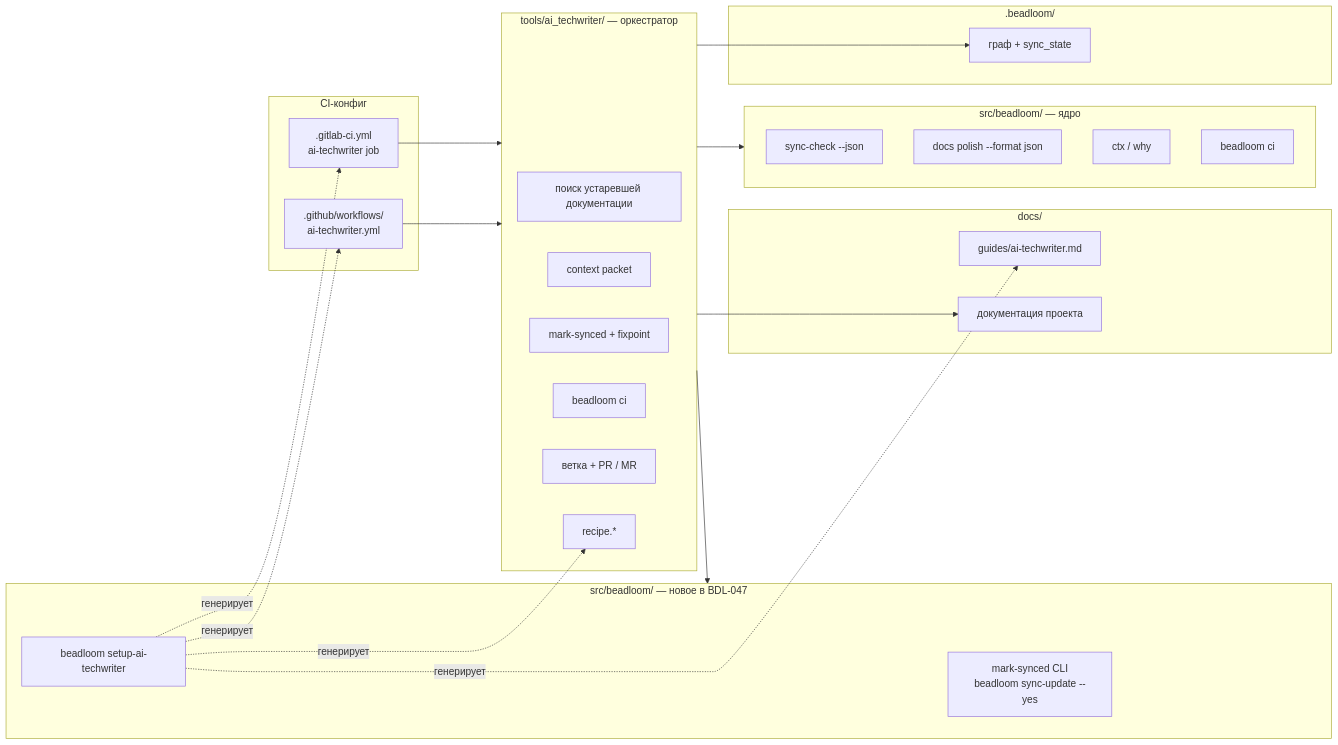
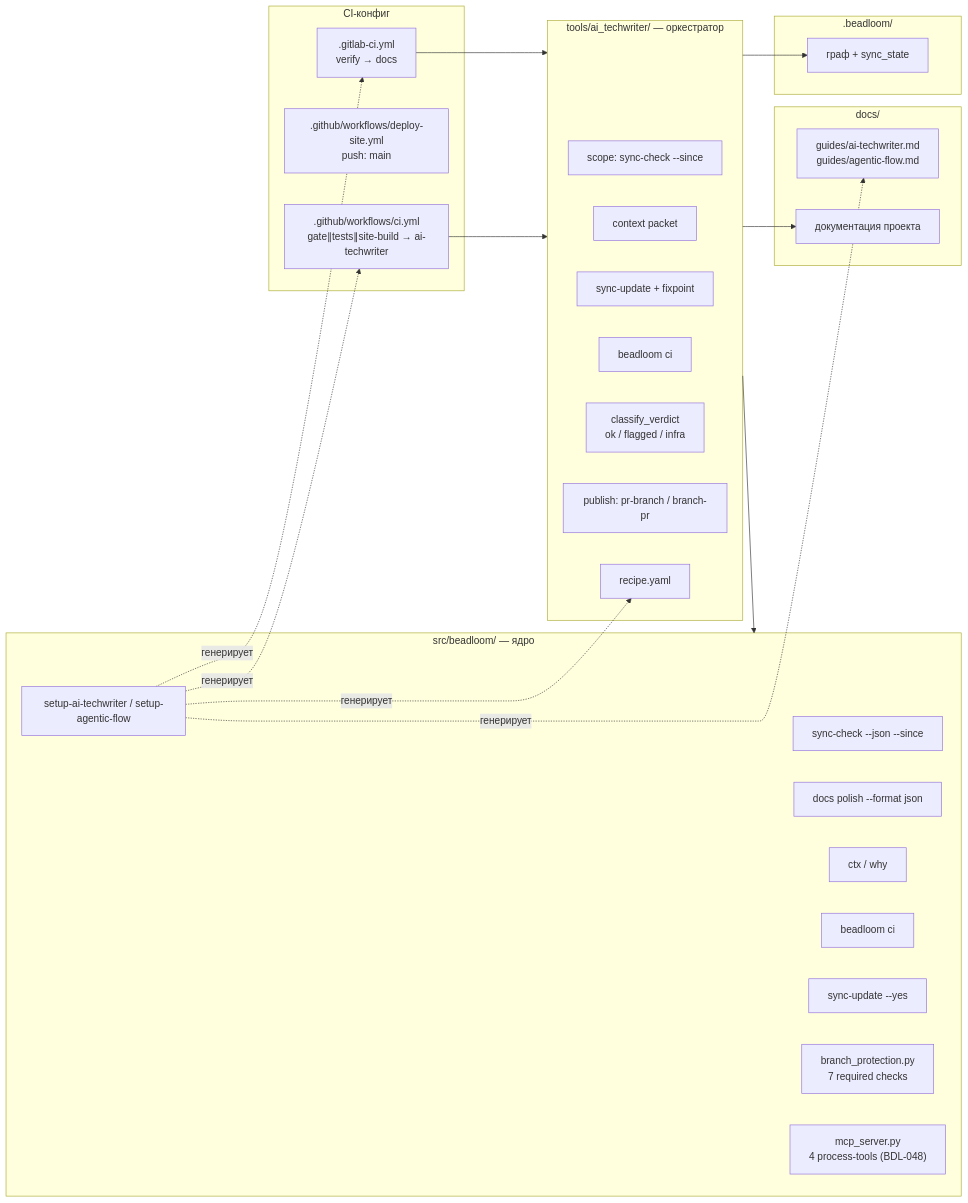
The second of 11 diagrams in .claude/development/docs/BDL-AI-AGENTS-ARCHITECTURE.md (zoologov/beadloom), drawn with Mermaid before and after one commit. The commit also changed other lines of this file and 50 other files, not shown here.

First line of the commit message:
[BDL-050] CI consolidation — one ci.yml (gate∥tests∥site-build → ai-techwriter needs) + AI-TW infra/flagged verdict (#6)

````diff
--- a/.claude/development/docs/BDL-AI-AGENTS-ARCHITECTURE.md
+++ b/.claude/development/docs/BDL-AI-AGENTS-ARCHITECTURE.md
@@ -111,48 +145,48 @@
 ```mermaid
 flowchart LR
   subgraph CORE["src/beadloom/ — ядро"]
-    SYNC["sync-check --json"]
+    SYNC["sync-check --json --since"]
     POLISH["docs polish --format json"]
     CTX["ctx / why"]
     CI_GATE["beadloom ci"]
-  end
-
-  subgraph NEW["src/beadloom/ — новое в BDL-047"]
-    MARK["mark-synced CLI<br/>beadloom sync-update --yes"]
-    SETUP["beadloom setup-ai-techwriter"]
+    MARK["sync-update --yes"]
+    SETUP["setup-ai-techwriter / setup-agentic-flow"]
+    BP["branch_protection.py<br/>7 required checks"]
+    MCP["mcp_server.py<br/>4 process-tools (BDL-048)"]
   end
 
   subgraph TOOLING["tools/ai_techwriter/ — оркестратор"]
-    H_DISC["поиск устаревшей документации"]
+    H_DISC["scope: sync-check --since"]
     H_PKT["context packet"]
-    H_LOOP["mark-synced + fixpoint"]
+    H_LOOP["sync-update + fixpoint"]
     H_GATE["beadloom ci"]
-    H_PR["ветка + PR / MR"]
-    H_RECIPE["recipe.*"]
+    H_VERDICT["classify_verdict<br/>ok / flagged / infra"]
+    H_PUB["publish: pr-branch / branch-pr"]
+    H_RECIPE["recipe.yaml"]
   end
 
   subgraph CI["CI-конфиг"]
-    GH_YML[".github/workflows/<br/>ai-techwriter.yml"]
-    GL_YML[".gitlab-ci.yml<br/>ai-techwriter job"]
+    GH_YML[".github/workflows/ci.yml<br/>gate∥tests∥site-build → ai-techwriter"]
+    GH_DEPLOY[".github/workflows/deploy-site.yml<br/>push: main"]
+    GL_YML[".gitlab-ci.yml<br/>verify → docs"]
   end
 
   subgraph DOCS["docs/"]
-    GUIDE["guides/ai-techwriter.md"]
+    GUIDE["guides/ai-techwriter.md<br/>guides/agentic-flow.md"]
     DOC_FILES["документация проекта"]
   end
 
   subgraph GRAPH[".beadloom/"]
     G["граф + sync_state"]
   end
 
   GH_YML --> TOOLING
   GL_YML --> TOOLING
   TOOLING --> CORE
-  TOOLING --> NEW
   TOOLING --> G
   TOOLING --> DOC_FILES
   SETUP -.->|"генерирует"| GH_YML
   SETUP -.->|"генерирует"| GL_YML
   SETUP -.->|"генерирует"| H_RECIPE
   SETUP -.->|"генерирует"| GUIDE
 ```
````
